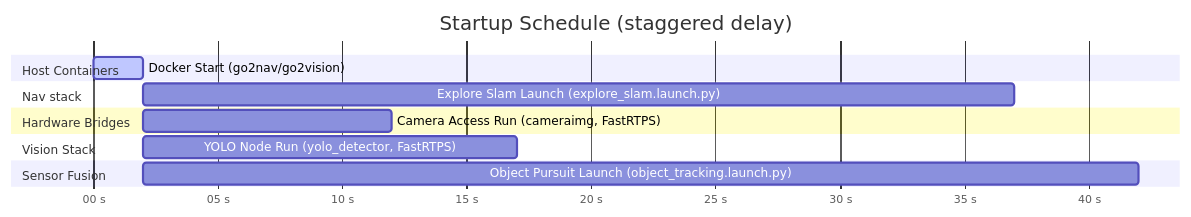
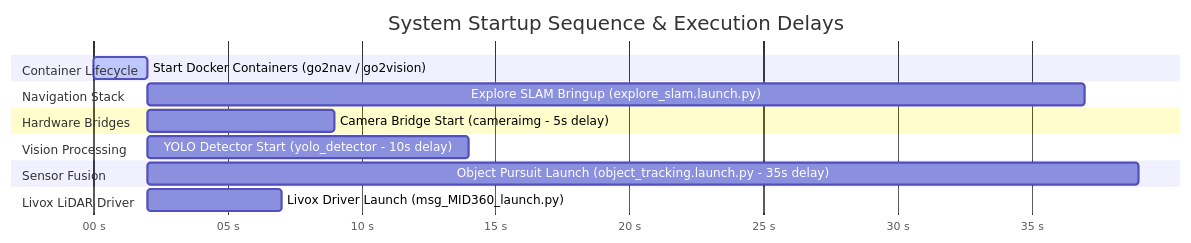
Before and after one commit to SafalSubedi03/navigationgo2: the third of 3 diagrams in ARCHITECTURE.md, drawn with Mermaid. The commit also changed other lines of this file and 4 other files, not shown here.

````diff
--- a/ARCHITECTURE.md
+++ b/ARCHITECTURE.md
@@ -193,21 +255,24 @@
 ```mermaid
 gantt
-    title Startup Schedule (staggered delay)
-    dateFormat  s
+    title System Startup Sequence & Execution Delays
+    dateFormat s
     axisFormat %S s
     
-    section Host Containers
-    Docker Start (go2nav/go2vision) :active, c1, 0, 2s
+    section Container Lifecycle
+    Start Docker Containers (go2nav / go2vision) :active, c1, 0, 2s
     
-    section Nav stack
-    Explore Slam Launch (explore_slam.launch.py) :c2, after c1, 35s
+    section Navigation Stack
+    Explore SLAM Bringup (explore_slam.launch.py) :c2, after c1, 35s
     
     section Hardware Bridges
-    Camera Access Run (cameraimg, FastRTPS) :c3, after c1, 10s
+    Camera Bridge Start (cameraimg - 5s delay) :c3, after c1, 7s
     
-    section Vision Stack
-    YOLO Node Run (yolo_detector, FastRTPS) :c4, after c1, 15s
+    section Vision Processing
+    YOLO Detector Start (yolo_detector - 10s delay) :c4, after c1, 12s
     
     section Sensor Fusion
-    Object Pursuit Launch (object_tracking.launch.py) :c5, after c1, 40s
+    Object Pursuit Launch (object_tracking.launch.py - 35s delay) :c5, after c1, 37s
+
+    section Livox LiDAR Driver
+    Livox Driver Launch (msg_MID360_launch.py) :c6, after c1, 5s
 ```
````
